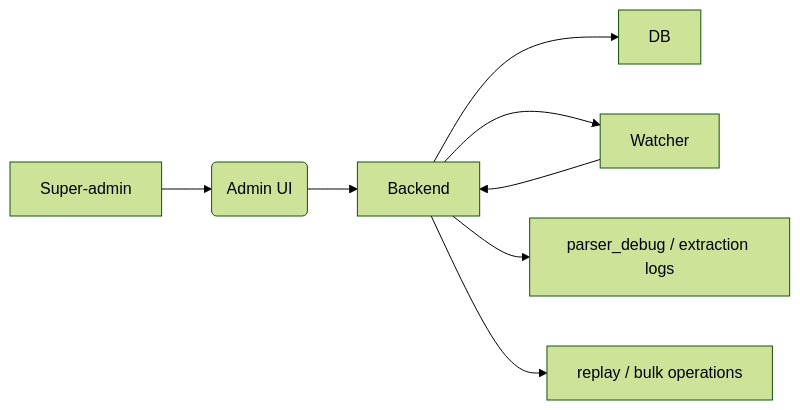
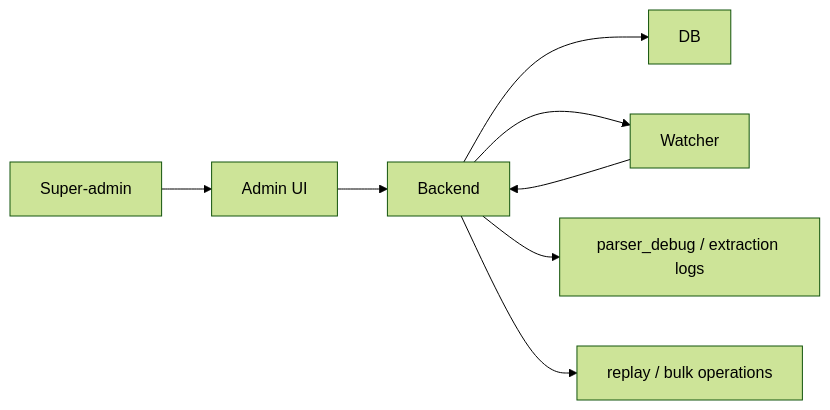
The third of 4 diagrams in RAPPORT_D_AVANCEMENT.md (Benin-Digital/AI-reel-time), drawn with Mermaid (forest theme) before and after one commit. The commit also changed other lines of this file, not shown here.

Commit message:
Update: RAPPORT_D_AVANCEMENT.md (add diagrams & stories)

````diff
--- a/RAPPORT_D_AVANCEMENT.md
+++ b/RAPPORT_D_AVANCEMENT.md
@@ -164,10 +153,10 @@
 ```mermaid
 flowchart LR
-  SA[Super-admin] --> UI(Admin UI)
-  UI --> Backend
-  Backend --> DB
-  Backend --> Watcher
-  Watcher --> Backend
-  Backend --> Logs[parser_debug / extraction logs]
-  Backend --> Jobs[replay / bulk operations]
+  SA["Super-admin"] --> UI["Admin UI"]
+  UI --> BE3["Backend"]
+  BE3 --> DB3["DB"]
+  BE3 --> WAT["Watcher"]
+  WAT --> BE3
+  BE3 --> LOGS["parser_debug / extraction logs"]
+  BE3 --> JOBS["replay / bulk operations"]
 ```
````
